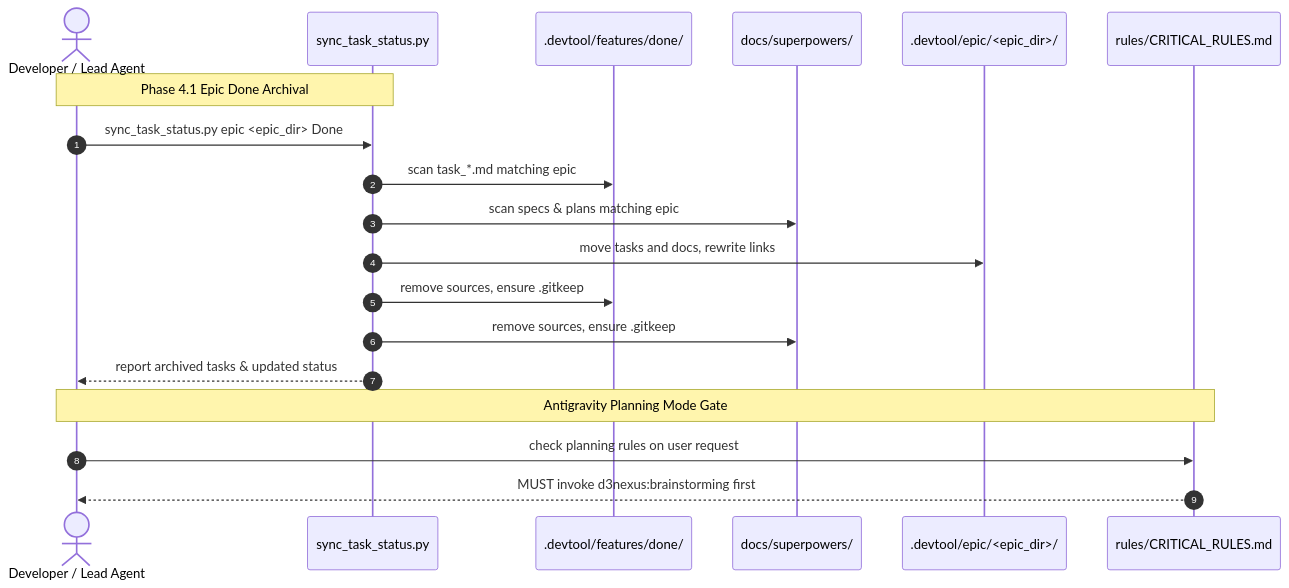
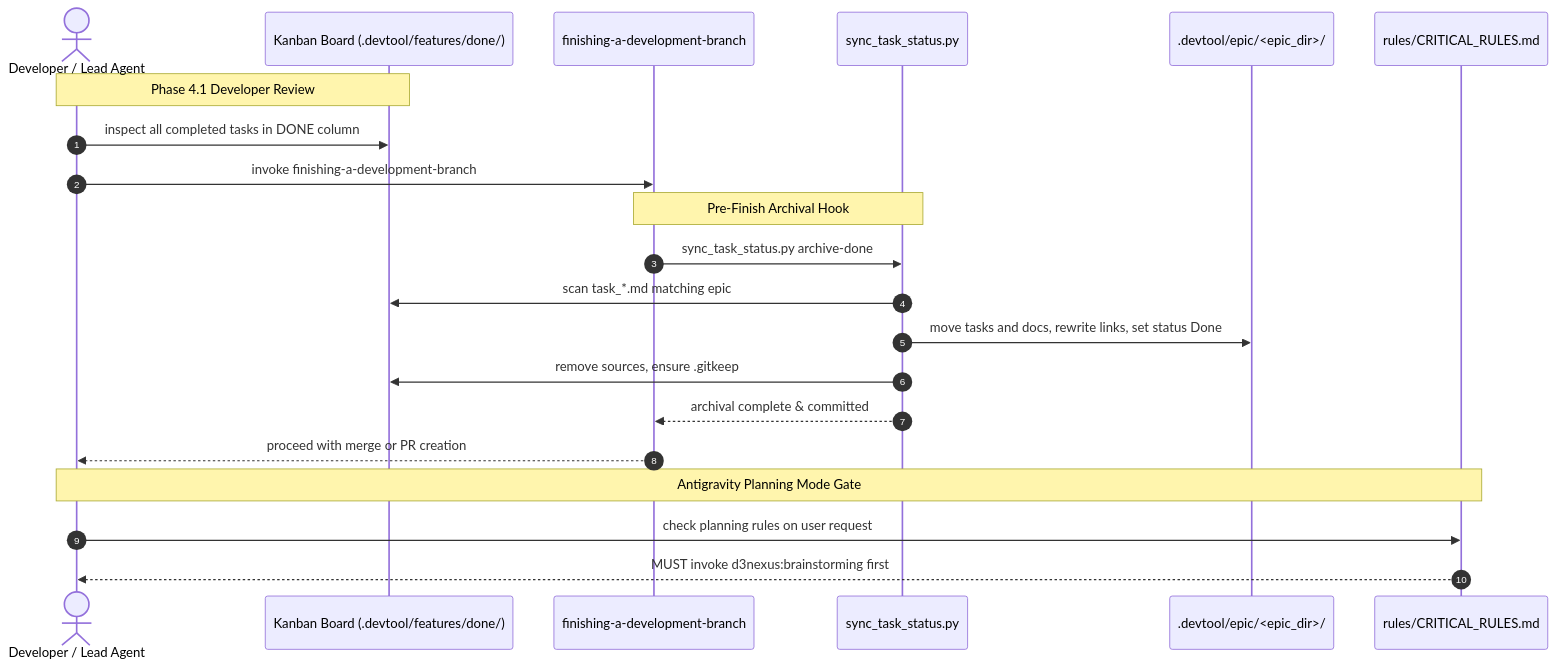
One commit to DanhDue/ai-agent-tools changed the third of 3 diagrams in .devtool/epic/epic_archival_and_planning_gate/epic_archival_and_planning_gate.en.md. Above: the diagram before and after it, drawn with Mermaid. The commit also changed other lines of this file and 7 other files, not shown here.

First line of the commit message:
[EPIC_ARCHIVAL_AND_PLANNING_GATE] Integrate Pre-Finish Archival Hook and Kanban Review State

````diff
--- a/.devtool/epic/epic_archival_and_planning_gate/epic_archival_and_planning_gate.en.md
+++ b/.devtool/epic/epic_archival_and_planning_gate/epic_archival_and_planning_gate.en.md
@@ -102,23 +106,26 @@
 ```mermaid
 sequenceDiagram
     autonumber
     actor Dev as Developer / Lead Agent
+    participant Kanban as Kanban Board (.devtool/features/done/)
+    participant Finish as finishing-a-development-branch
     participant Script as sync_task_status.py
-    participant Features as .devtool/features/done/
-    participant Superpowers as docs/superpowers/
     participant EpicDir as .devtool/epic/<epic_dir>/
     participant Rules as rules/CRITICAL_RULES.md
 
-    Note over Dev,Script: Phase 4.1 Epic Done Archival
-    Dev->>Script: sync_task_status.py epic <epic_dir> Done
-    Script->>Features: scan task_*.md matching epic
-    Script->>Superpowers: scan specs & plans matching epic
-    Script->>EpicDir: move tasks and docs, rewrite links
-    Script->>Features: remove sources, ensure .gitkeep
-    Script->>Superpowers: remove sources, ensure .gitkeep
-    Script-->>Dev: report archived tasks & updated status
+    Note over Dev,Kanban: Phase 4.1 Developer Review
+    Dev->>Kanban: inspect all completed tasks in DONE column
+    Dev->>Finish: invoke finishing-a-development-branch
+
+    Note over Finish,Script: Pre-Finish Archival Hook
+    Finish->>Script: sync_task_status.py archive-done
+    Script->>Kanban: scan task_*.md matching epic
+    Script->>EpicDir: move tasks and docs, rewrite links, set status Done
+    Script->>Kanban: remove sources, ensure .gitkeep
+    Script-->>Finish: archival complete & committed
+    Finish-->>Dev: proceed with merge or PR creation
 
     Note over Dev,Rules: Antigravity Planning Mode Gate
     Dev->>Rules: check planning rules on user request
     Rules-->>Dev: MUST invoke d3nexus:brainstorming first
 ```
````
